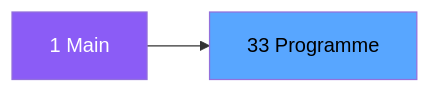
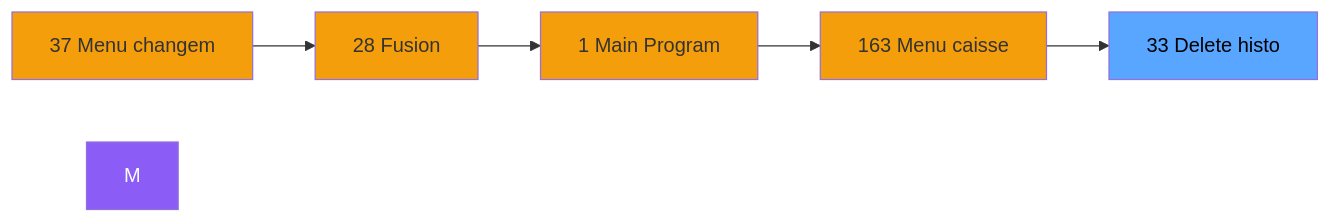
One commit to thonyAGP/magic-migration changed the second of 3 diagrams in .openspec/specs/ADH-IDE-33.md. Above: the diagram before and after it, drawn with Mermaid. The commit also changed other lines of this file and 323 other files, not shown here.

````diff
--- a/.openspec/specs/ADH-IDE-33.md
+++ b/.openspec/specs/ADH-IDE-33.md
@@ -98,8 +110,18 @@
 ```mermaid
 graph LR
-    M[1 Main]
-    T[33 Programme]
-    M --> T
+    N37[37 Menu changem]
+    N28[28 Fusion]
+    N1[1 Main Program]
+    N163[163 Menu caisse ]
+    T[33 Delete histo]
+    N37 --> N28
+    N28 --> N1
+    N1 --> N163
+    N163 --> T
     style M fill:#8b5cf6,color:#fff
+    style N37 fill:#f59e0b
+    style N28 fill:#f59e0b
+    style N1 fill:#f59e0b
+    style N163 fill:#f59e0b
     style T fill:#58a6ff,color:#000
 ```
````
